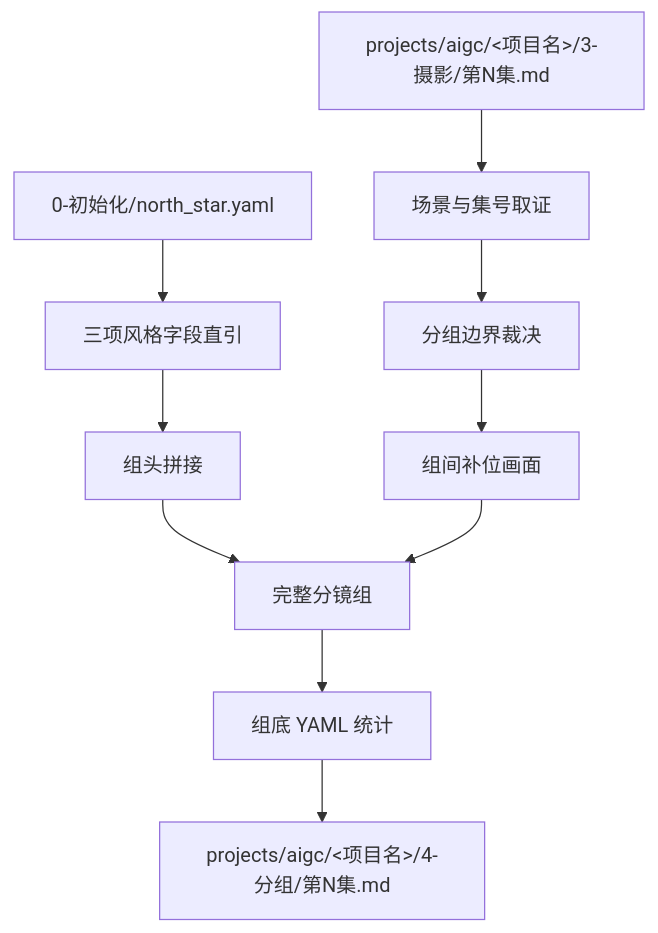
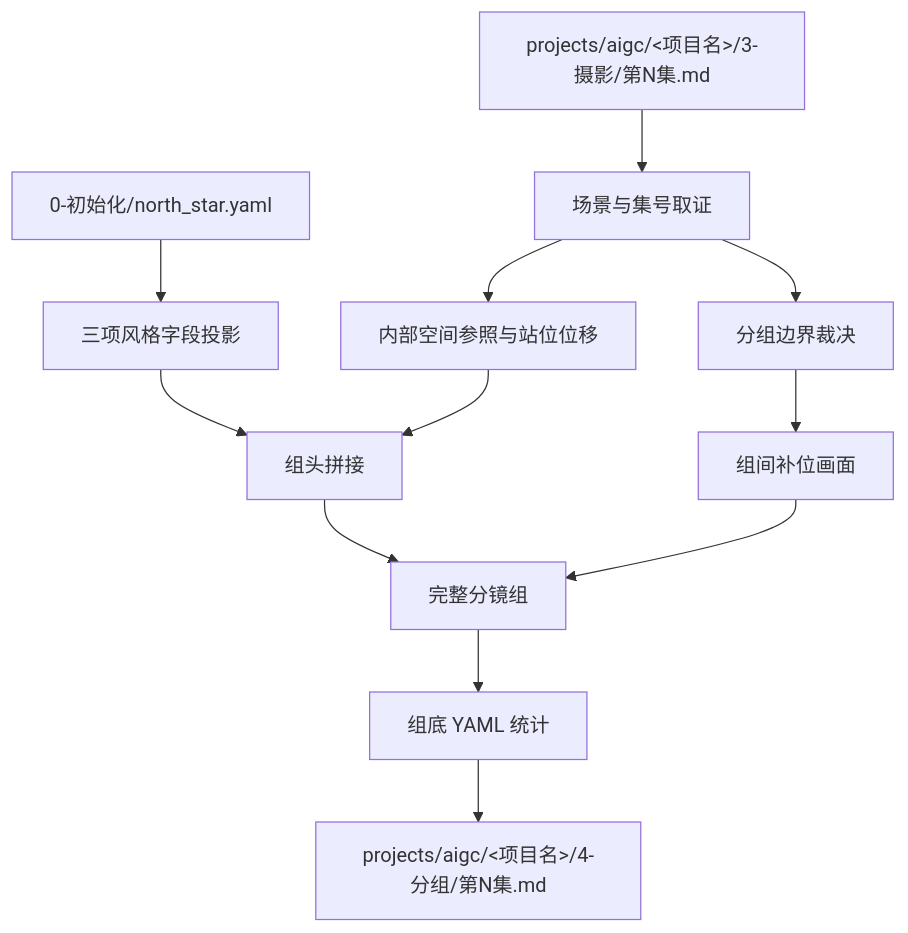
Before and after one commit to ZEN-VOID/AI-CUT: the first of 2 diagrams in .agents/skills/aigc/4-分组/SKILL.md, drawn with Mermaid. The commit also changed other lines of this file and 45 other files, not shown here.

````diff
--- a/.agents/skills/aigc/4-分组/SKILL.md
+++ b/.agents/skills/aigc/4-分组/SKILL.md
@@ -86,12 +86,14 @@
 ```mermaid
 flowchart TD
     A["projects/aigc/<项目名>/3-摄影/第N集.md"] --> B["场景与集号取证"]
-    C["0-初始化/north_star.yaml"] --> D["三项风格字段直引"]
+    C["0-初始化/north_star.yaml"] --> D["三项风格字段投影"]
+    B --> S["内部空间参照与站位位移"]
     B --> E["分组边界裁决"]
     D --> F["组头拼接"]
+    S --> F
     E --> G["组间补位画面"]
     F --> H["完整分镜组"]
     G --> H
     H --> I["组底 YAML 统计"]
     I --> J["projects/aigc/<项目名>/4-分组/第N集.md"]
 ```
````
